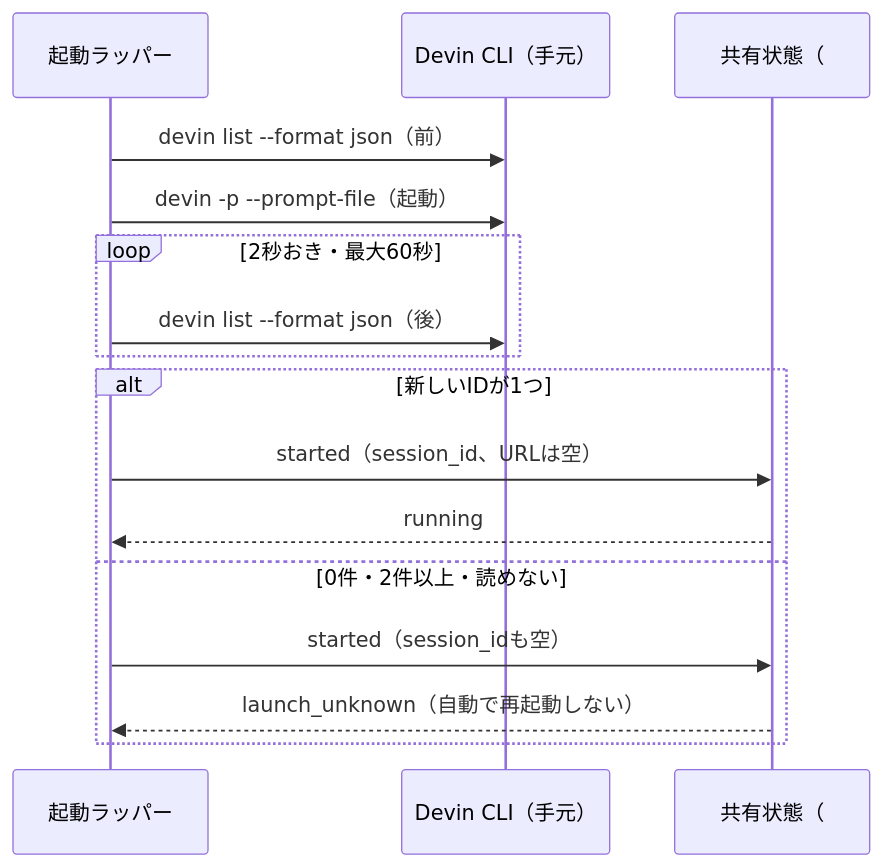
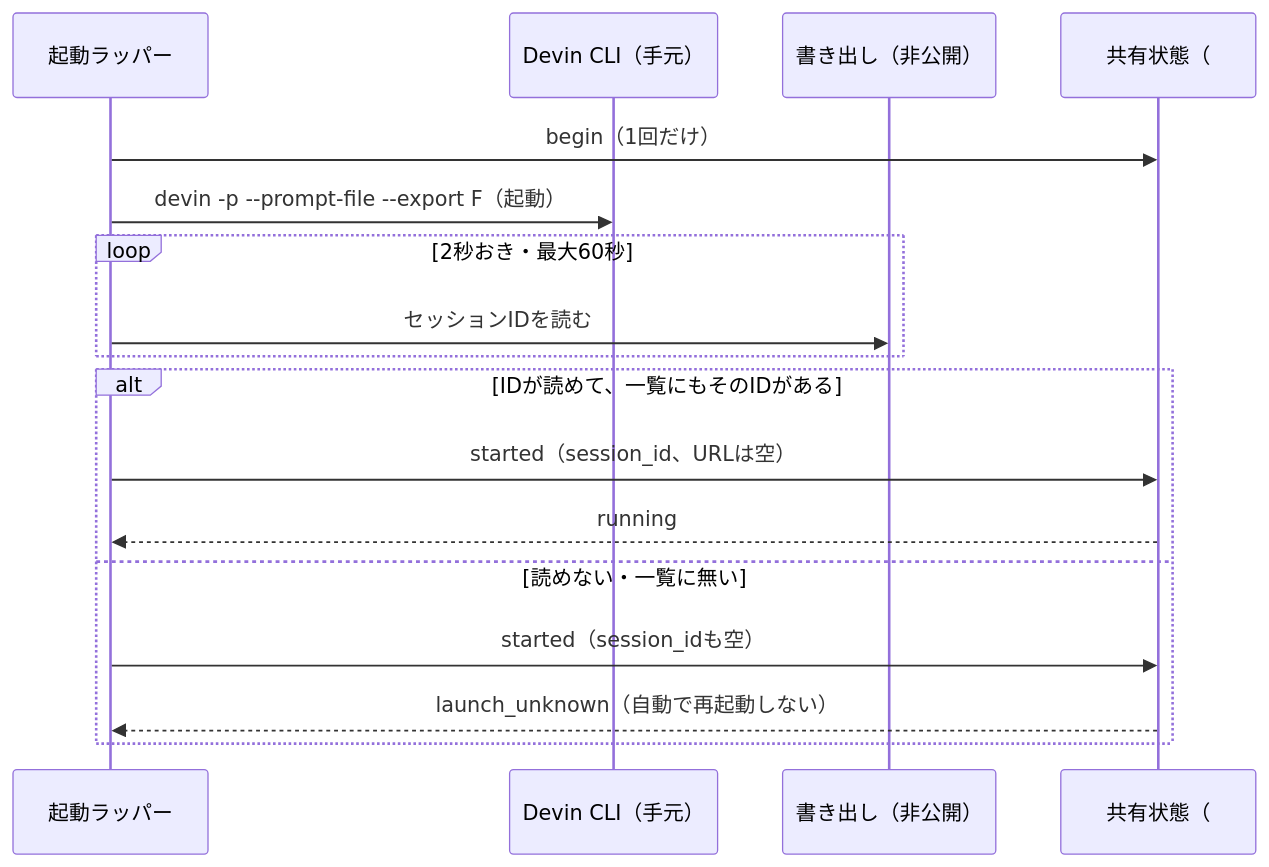
One commit to oze-xxbumpxx/Tomotabi changed the diagram in docs/discussions/devin-local-session.md. Above: the diagram before and after it, drawn with Mermaid. The commit also changed other lines of this file and 1 other file, not shown here.

First line of the commit message:
docs: 手元のセッションのIDを、起動ごとの書き出し（--export）で確定する設計に直す

````diff
--- a/docs/discussions/devin-local-session.md
+++ b/docs/discussions/devin-local-session.md
@@ -48,18 +55,19 @@
 ```mermaid
 sequenceDiagram
   participant L as 起動ラッパー
   participant D as Devin CLI（手元）
+  participant F as 書き出し（非公開）
   participant S as 共有状態（#267）
-  L->>D: devin list --format json（前）
-  L->>D: devin -p --prompt-file（起動）
+  L->>S: begin（1回だけ）
+  L->>D: devin -p --prompt-file --export F（起動）
   loop 2秒おき・最大60秒
-    L->>D: devin list --format json（後）
+    L->>F: セッションIDを読む
   end
-  alt 新しいIDが1つ
+  alt IDが読めて、一覧にもそのIDがある
     L->>S: started（session_id、URLは空）
     S-->>L: running
-  else 0件・2件以上・読めない
+  else 読めない・一覧に無い
     L->>S: started（session_idも空）
     S-->>L: launch_unknown（自動で再起動しない）
   end
 ```
````
